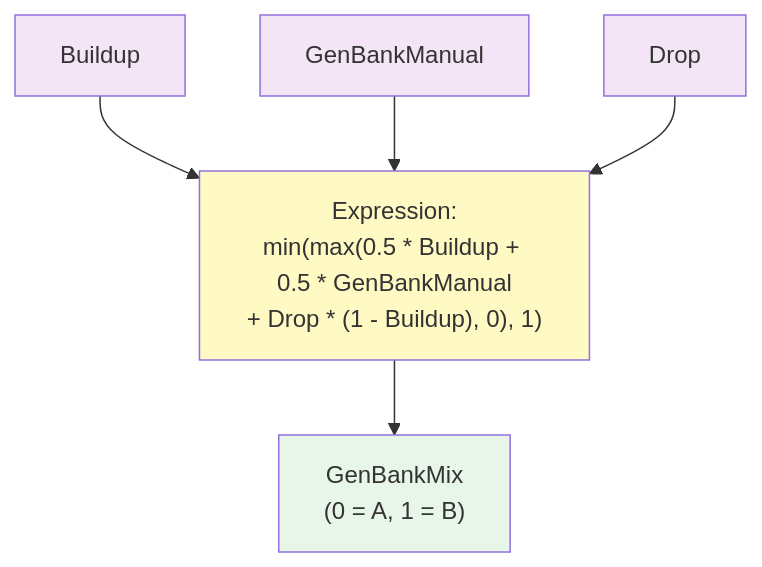
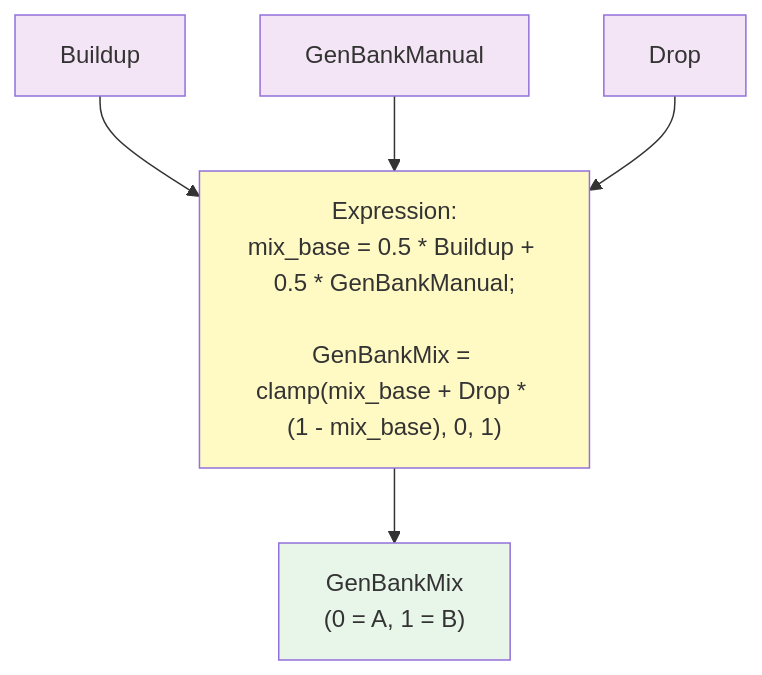
One commit to abossard/synesthesia-visuals changed diagram 11 of 17 in docs/mmv-master-pipeline-guide.md. Above: the diagram before and after it, drawn with Mermaid. The commit also changed other lines of this file, not shown here.

````diff
--- a/docs/mmv-master-pipeline-guide.md
+++ b/docs/mmv-master-pipeline-guide.md
@@ -562,14 +548,14 @@
 ```mermaid
 flowchart TD
-    BUILDUP_IN["Buildup"] --> EXPR_MIX["Expression:<br/>min(max(0.5 * Buildup + 0.5 * GenBankManual<br/>+ Drop * (1 - Buildup), 0), 1)"]
-    GENBANKMAN["GenBankManual"] --> EXPR_MIX
-    DROP_IN["Drop"] --> EXPR_MIX
+    BUILDUP_IN["Buildup"] --> EXPR_GBM["Expression:<br/>mix_base = 0.5 * Buildup + 0.5 * GenBankManual;<br/><br/>GenBankMix = clamp(mix_base + Drop * (1 - mix_base), 0, 1)"]
+    GENBANKMAN["GenBankManual"] --> EXPR_GBM
+    DROP_IN["Drop"] --> EXPR_GBM
     
-    EXPR_MIX --> GENBANKMIX["GenBankMix<br/>(0 = A, 1 = B)"]
+    EXPR_GBM --> GENBANKMIX["GenBankMix<br/>(0 = A, 1 = B)"]
     
     style BUILDUP_IN fill:#f3e5f5
     style GENBANKMAN fill:#f3e5f5
     style DROP_IN fill:#f3e5f5
-    style EXPR_MIX fill:#fff9c4
+    style EXPR_GBM fill:#fff9c4
     style GENBANKMIX fill:#e8f5e9
 ```
````
